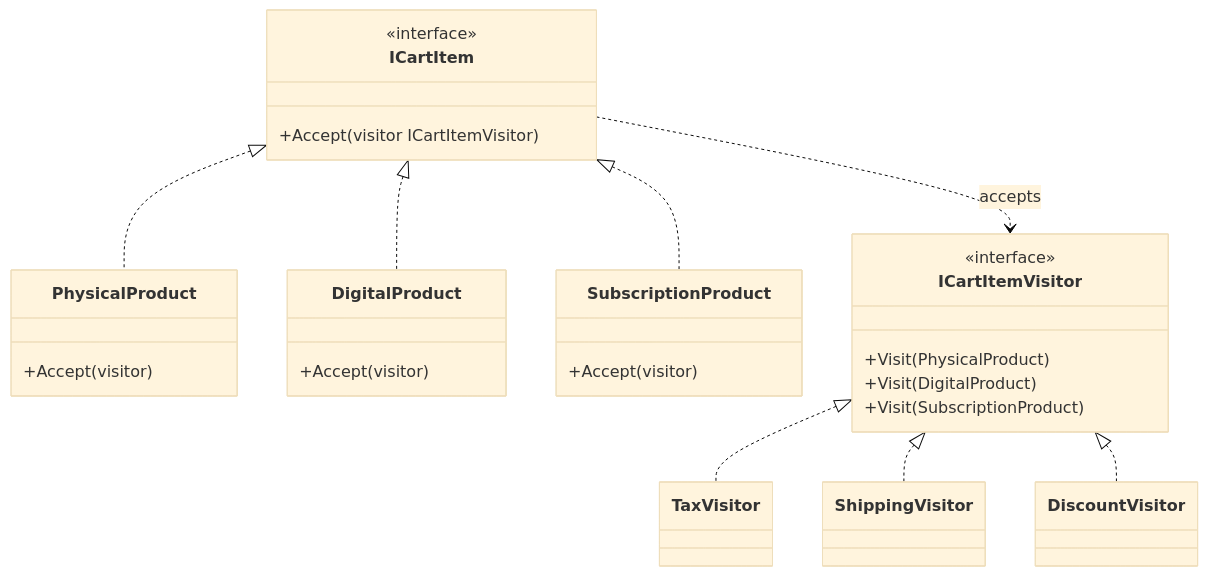
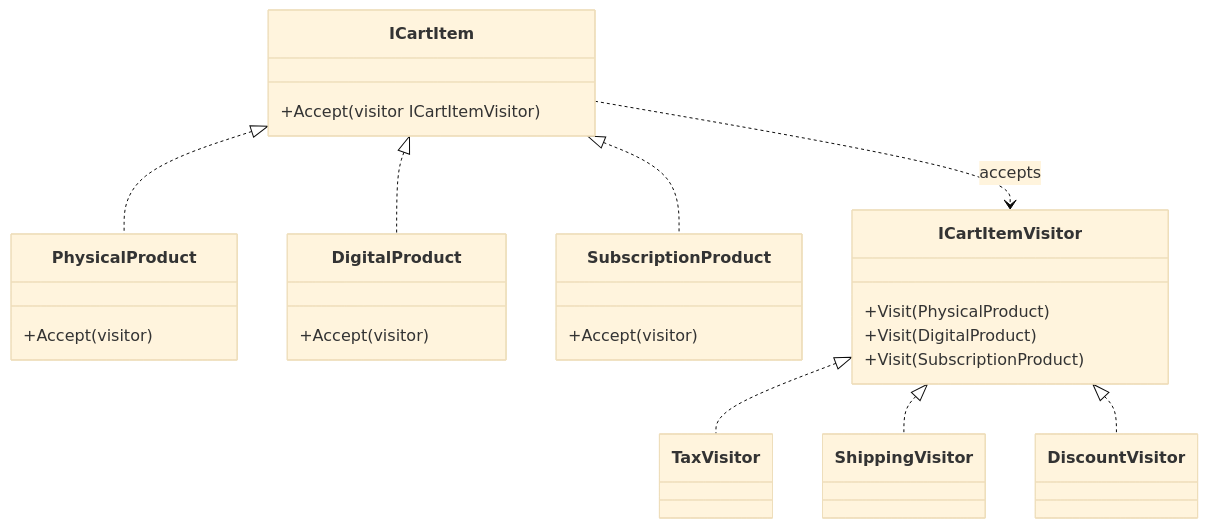
One commit to grafanaKibana/devbook.zip changed the diagram in Vault/Software Engineering/05 Architecture/Patterns/Design Patterns/Behavioral/Visitor.md. Above: the diagram before and after it, drawn with Mermaid (base theme). The commit also changed 15 other files, not shown here.

````diff
--- a/Vault/Software Engineering/05 Architecture/Patterns/Design Patterns/Behavioral/Visitor.md
+++ b/Vault/Software Engineering/05 Architecture/Patterns/Design Patterns/Behavioral/Visitor.md
@@ -18,32 +18,30 @@
 ```mermaid
 classDiagram
     class ICartItem {
-        <<interface>>
         +Accept(visitor ICartItemVisitor)
     }
     class PhysicalProduct {
         +Accept(visitor)
     }
     class DigitalProduct {
         +Accept(visitor)
     }
     class SubscriptionProduct {
         +Accept(visitor)
     }
     class ICartItemVisitor {
-        <<interface>>
         +Visit(PhysicalProduct)
         +Visit(DigitalProduct)
         +Visit(SubscriptionProduct)
     }
     class TaxVisitor
     class ShippingVisitor
     class DiscountVisitor
     ICartItem <|.. PhysicalProduct
     ICartItem <|.. DigitalProduct
     ICartItem <|.. SubscriptionProduct
     ICartItemVisitor <|.. TaxVisitor
     ICartItemVisitor <|.. ShippingVisitor
     ICartItemVisitor <|.. DiscountVisitor
     ICartItem ..> ICartItemVisitor : accepts
 ```
````
